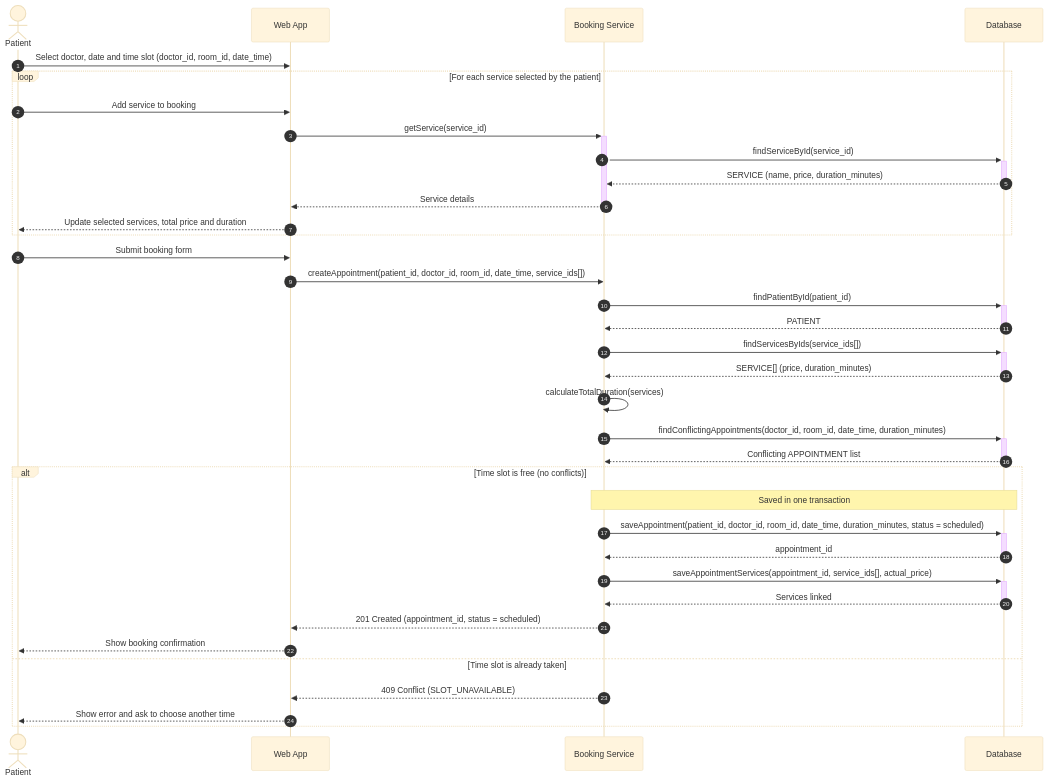
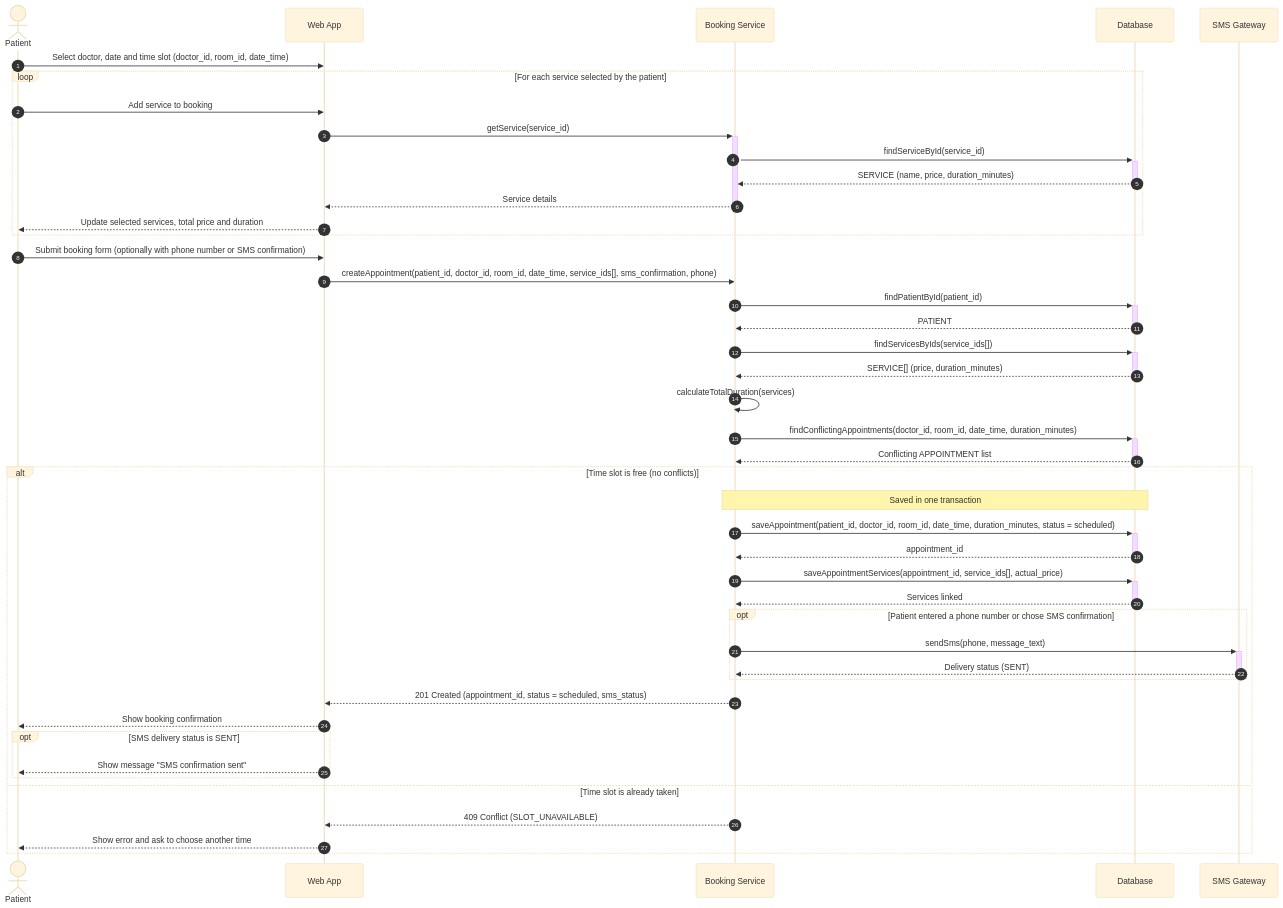
One commit to dvsqwx/KPI changed the diagram in sequence-diagram.mmd. Above: the diagram before and after it, drawn with Mermaid (base theme).

Commit message:
Enhance booking sequence with SMS confirmation option
Added optional SMS confirmation and phone number handling in the booking process.

```diff
--- a/sequence-diagram.mmd
+++ b/sequence-diagram.mmd
@@ -1,46 +1,58 @@
 %% Sequence diagram — запис пацієнта на прийом через онлайн-форму (UC1, REQ-01, REQ-02)
 %% Ланцюг: Patient -> Web App -> Booking Service -> Database
+%% Додатково: Booking Service -> SMS Gateway (опційне SMS-підтвердження, блок opt)
 %% Назви сутностей і атрибутів (PATIENT, DOCTOR, ROOM, SERVICE, APPOINTMENT, actual_price)
 %% збігаються з концептуальною моделлю з er-diagram.mmd.
 %% Return-повідомлення показані пунктирними стрілками (-->>).
 sequenceDiagram
     autonumber
     actor Patient
     participant WebApp as Web App
     participant Booking as Booking Service
     participant DB as Database
+    participant SMSGateway as SMS Gateway
 
     Patient->>WebApp: Select doctor, date and time slot (doctor_id, room_id, date_time)
 
     loop For each service selected by the patient
         Patient->>WebApp: Add service to booking
         WebApp->>+Booking: getService(service_id)
         Booking->>+DB: findServiceById(service_id)
         DB-->>-Booking: SERVICE (name, price, duration_minutes)
         Booking-->>-WebApp: Service details
         WebApp-->>Patient: Update selected services, total price and duration
     end
 
-    Patient->>WebApp: Submit booking form
-    WebApp->>Booking: createAppointment(patient_id, doctor_id, room_id, date_time, service_ids[])
+    Patient->>WebApp: Submit booking form (optionally with phone number or SMS confirmation)
+    WebApp->>Booking: createAppointment(patient_id, doctor_id, room_id, date_time, service_ids[], sms_confirmation, phone)
 
     Booking->>+DB: findPatientById(patient_id)
     DB-->>-Booking: PATIENT
     Booking->>+DB: findServicesByIds(service_ids[])
     DB-->>-Booking: SERVICE[] (price, duration_minutes)
     Booking->>Booking: calculateTotalDuration(services)
     Booking->>+DB: findConflictingAppointments(doctor_id, room_id, date_time, duration_minutes)
     DB-->>-Booking: Conflicting APPOINTMENT list
 
     alt Time slot is free (no conflicts)
         Note over Booking,DB: Saved in one transaction
         Booking->>+DB: saveAppointment(patient_id, doctor_id, room_id, date_time, duration_minutes, status = scheduled)
         DB-->>-Booking: appointment_id
         Booking->>+DB: saveAppointmentServices(appointment_id, service_ids[], actual_price)
         DB-->>-Booking: Services linked
-        Booking-->>WebApp: 201 Created (appointment_id, status = scheduled)
+
+        opt Patient entered a phone number or chose SMS confirmation
+            Booking->>+SMSGateway: sendSms(phone, message_text)
+            SMSGateway-->>-Booking: Delivery status (SENT)
+        end
+
+        Booking-->>WebApp: 201 Created (appointment_id, status = scheduled, sms_status)
         WebApp-->>Patient: Show booking confirmation
+
+        opt SMS delivery status is SENT
+            WebApp-->>Patient: Show message "SMS confirmation sent"
+        end
     else Time slot is already taken
         Booking-->>WebApp: 409 Conflict (SLOT_UNAVAILABLE)
         WebApp-->>Patient: Show error and ask to choose another time
     end
```
